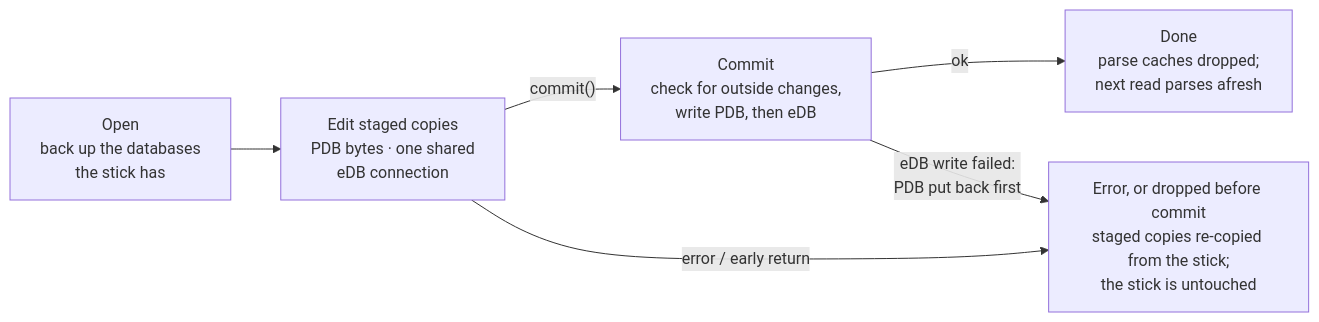
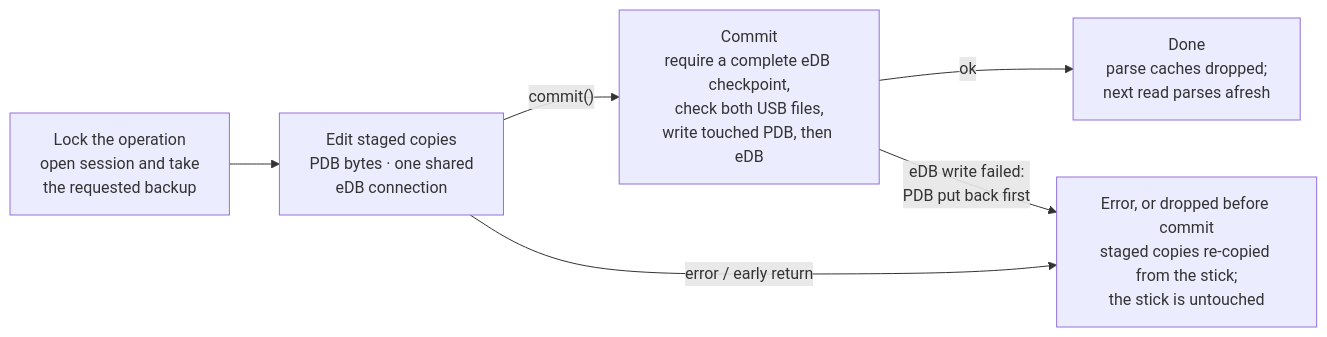
The first of 2 diagrams in docs/APP_DATA_FLOW.md (haivala/dj-usb-tkit), drawn with Mermaid before and after one commit. The commit also changed other lines of this file and 21 other files, not shown here.

````diff
--- a/docs/APP_DATA_FLOW.md
+++ b/docs/APP_DATA_FLOW.md
@@ -28,12 +31,12 @@
 ```mermaid
 flowchart LR
-    open["Open<br/>back up the databases<br/>the stick has"]
+    open["Lock the operation<br/>open session and take<br/>the requested backup"]
     edit["Edit staged copies<br/>PDB bytes · one shared<br/>eDB connection"]
-    commit["Commit<br/>check for outside changes,<br/>write PDB, then eDB"]
+    commit["Commit<br/>require a complete eDB checkpoint,<br/>check both USB files,<br/>write touched PDB, then eDB"]
     done["Done<br/>parse caches dropped;<br/>next read parses afresh"]
     undo["Error, or dropped before commit<br/>staged copies re-copied from the stick;<br/>the stick is untouched"]
 
     open --> edit -- "commit()" --> commit -- ok --> done
     edit -- "error / early return" --> undo
     commit -- "eDB write failed:<br/>PDB put back first" --> undo
 ```
````
